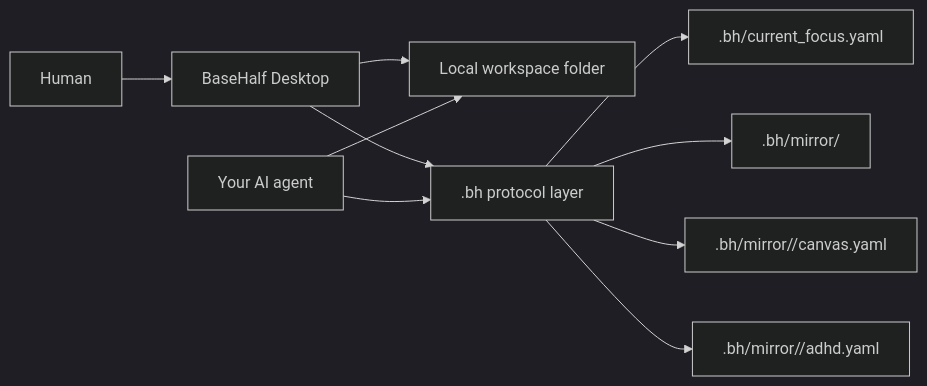
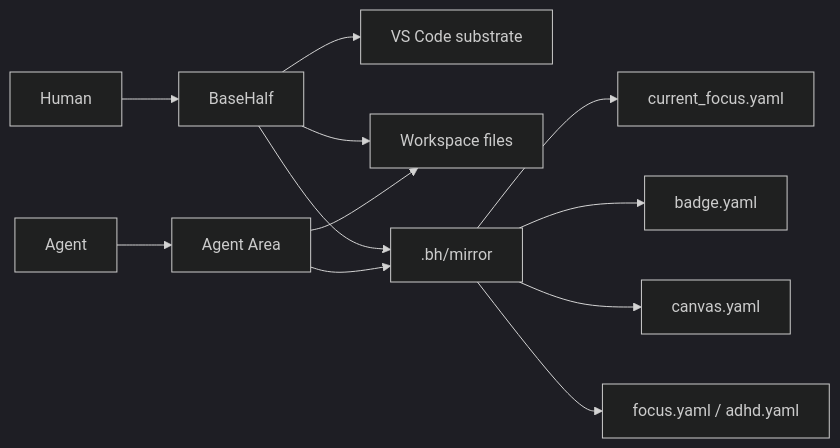
The diagram in README.md (Pointa-Labs/basehalf), drawn with Mermaid (dark theme) before and after one commit. The commit also changed other lines of this file, not shown here.

Commit message:
docs: refresh README for VS Code-based BaseHalf

````diff
--- a/README.md
+++ b/README.md
@@ -67,14 +106,16 @@
 ```mermaid
 flowchart LR
-  human["Human"] --> app["BaseHalf Desktop"]
-  app --> files["Local workspace folder"]
-  app --> bh[".bh protocol layer"]
+  human["Human"] --> app["BaseHalf"]
+  app --> substrate["VS Code substrate"]
+  app --> files["Workspace files"]
+  app --> mirror[".bh/mirror"]
 
-  agent["Your AI agent"] --> files
-  agent --> bh
+  agent["Agent"] --> area["Agent Area"]
+  area --> files
+  area --> mirror
 
-  bh --> focus[".bh/current_focus.yaml"]
-  bh --> badge[".bh/mirror/<path>/badge.yaml"]
-  bh --> canvas[".bh/mirror/<folder>/canvas.yaml"]
-  bh --> adhd[".bh/mirror/<file>/adhd.yaml"]
+  mirror --> focus["current_focus.yaml"]
+  mirror --> badge["badge.yaml"]
+  mirror --> canvas["canvas.yaml"]
+  mirror --> aids["focus.yaml / adhd.yaml"]
 ```
````
